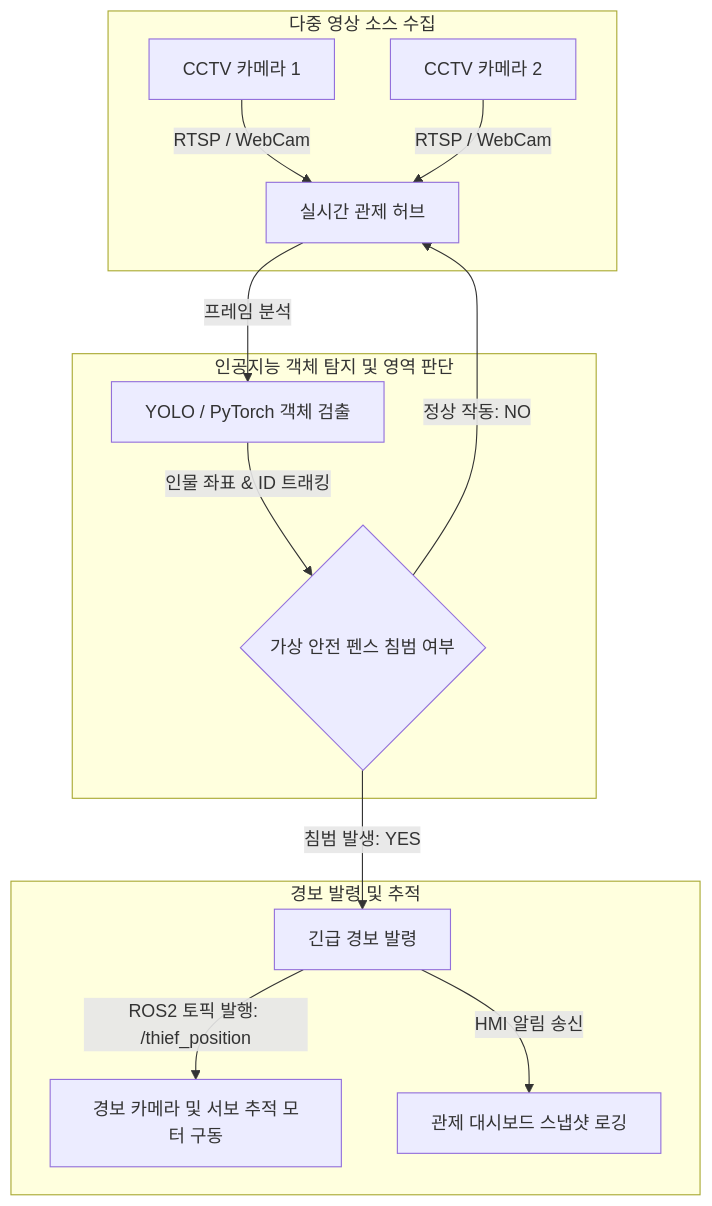
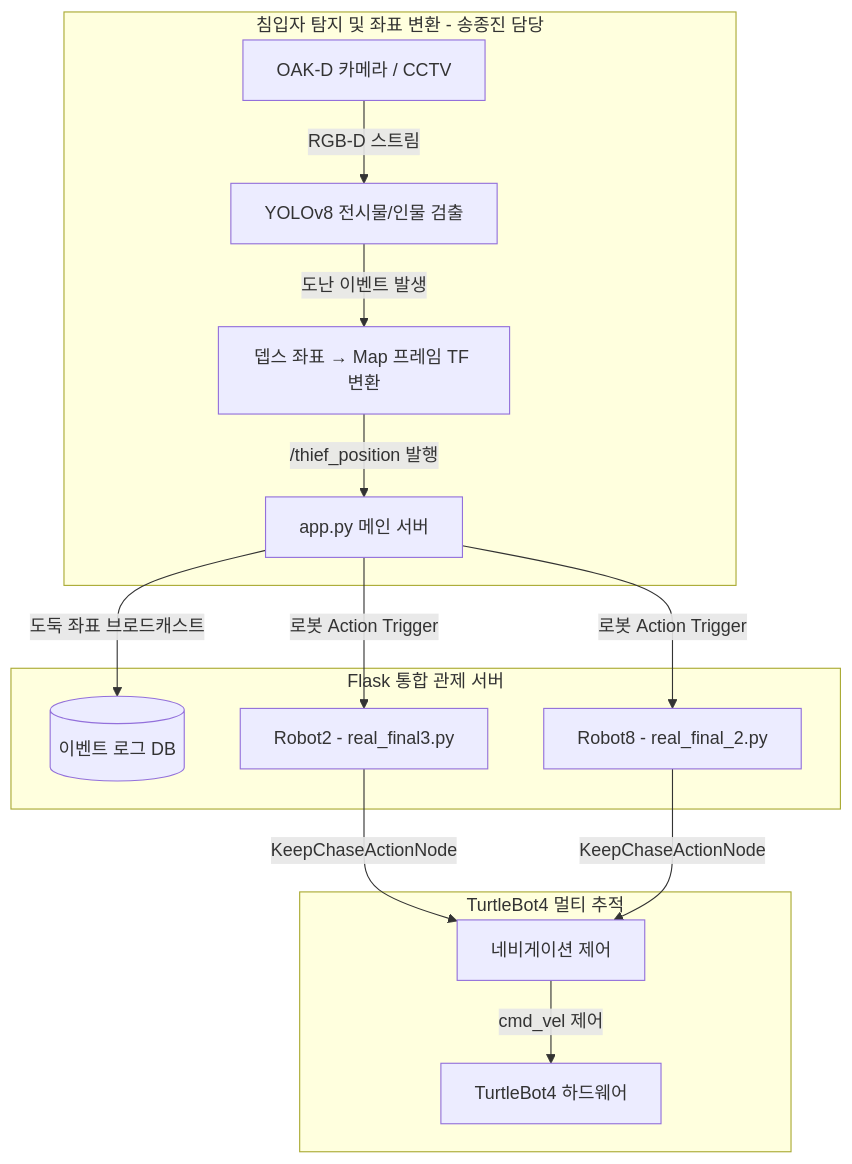
The diagram in projects/FindThief/README.md (soli-robot/portfolio), drawn with Mermaid before and after one commit. The commit also changed other lines of this file and 1 other file, not shown here.

Commit message:
Update Braille and FindThief project README files based on Lama template

````diff
--- a/projects/FindThief/README.md
+++ b/projects/FindThief/README.md
@@ -19,20 +36,20 @@
 ```mermaid
 flowchart TD
-    subgraph Video_Input [다중 영상 소스 수집]
-        Cam1[CCTV 카메라 1] -->|RTSP / WebCam| Monitor[실시간 관제 허브]
-        Cam2[CCTV 카메라 2] -->|RTSP / WebCam| Monitor
+    subgraph Vision_Detection [침입자 탐지 및 좌표 변환 - 송종진 담당]
+        Cam[OAK-D 카메라 / CCTV] -->|RGB-D 스트림| YOLO[YOLOv8 전시물/인물 검출]
+        YOLO -->|도난 이벤트 발생| TF[뎁스 좌표 → Map 프레임 TF 변환]
+        TF -->|/thief_position 발행| Server
     end
 
-    subgraph Core_Detection [인공지능 객체 탐지 및 영역 판단]
-        Monitor -->|프레임 분석| Detection[YOLO / PyTorch 객체 검출]
-        Detection -->|인물 좌표 & ID 트래킹| SafeZone{가상 안전 펜스 침범 여부}
+    subgraph Central_Server [Flask 통합 관제 서버]
+        Server[app.py 메인 서버] -->|도둑 좌표 브로드캐스트| DB[(이벤트 로그 DB)]
+        Server -->|로봇 Action Trigger| Robot1
+        Server -->|로봇 Action Trigger| Robot2
     end
 
-    subgraph Action_Response [경보 발령 및 추적]
-        SafeZone -->|침범 발생: YES| Alarm[긴급 경보 발령]
-        SafeZone -->|정상 작동: NO| Monitor
-        
-        Alarm -->|ROS2 토픽 발행: /thief_position| TrackNode[경보 카메라 및 서보 추적 모터 구동]
-        Alarm -->|HMI 알림 송신| Dash[관제 대시보드 스냅샷 로깅]
+    subgraph Multi_Robot_Control [TurtleBot4 멀티 추적]
+        Robot1[Robot2 - real_final3.py] -->|KeepChaseActionNode| Move[네비게이션 제어]
+        Robot2[Robot8 - real_final_2.py] -->|KeepChaseActionNode| Move
+        Move -->|cmd_vel 제어| AMR[TurtleBot4 하드웨어]
     end
 ```
````
